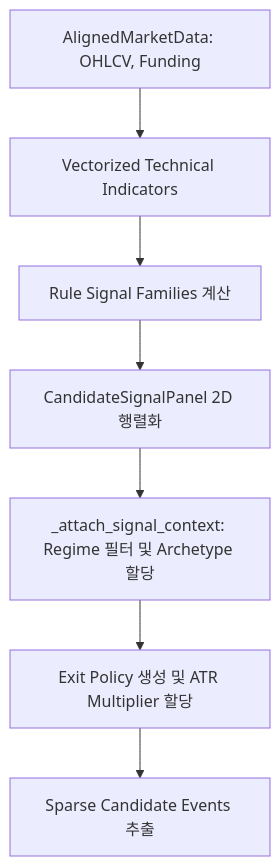
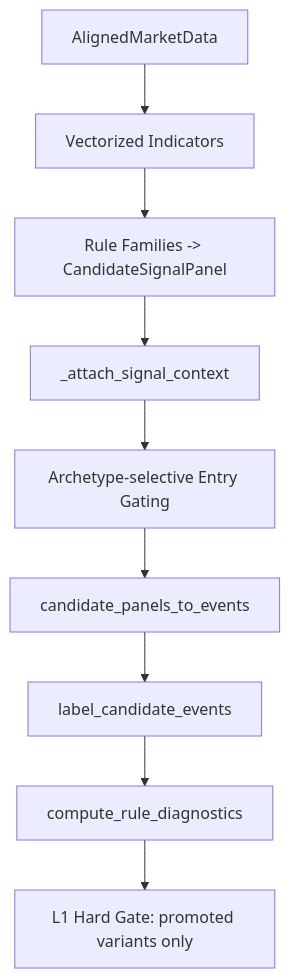
Before and after one commit to KTHYEONG/crypto-pilot: the diagram in docs/architecture/signal.md, drawn with Mermaid. The commit also changed other lines of this file and 4 other files, not shown here.

First line of the commit message:
docs(architecture): allocation 아키텍처 추가 및 전략 문서 현행화

````diff
--- a/docs/architecture/signal.md
+++ b/docs/architecture/signal.md
@@ -40,9 +43,11 @@
 ```mermaid
 graph TD
-    A[AlignedMarketData: OHLCV, Funding] --> B[Vectorized Technical Indicators]
-    B --> C[Rule Signal Families 계산]
-    C --> D[CandidateSignalPanel 2D 행렬화]
-    D --> E[_attach_signal_context: Regime 필터 및 Archetype 할당]
-    E --> F[Exit Policy 생성 및 ATR Multiplier 할당]
-    F --> G[Sparse Candidate Events 추출]
+    A[AlignedMarketData] --> B[Vectorized Indicators]
+    B --> C[Rule Families -> CandidateSignalPanel]
+    C --> D[_attach_signal_context]
+    D --> E[Archetype-selective Entry Gating]
+    E --> F[candidate_panels_to_events]
+    F --> G[label_candidate_events]
+    G --> H[compute_rule_diagnostics]
+    H --> I[L1 Hard Gate: promoted variants only]
 ```
````
